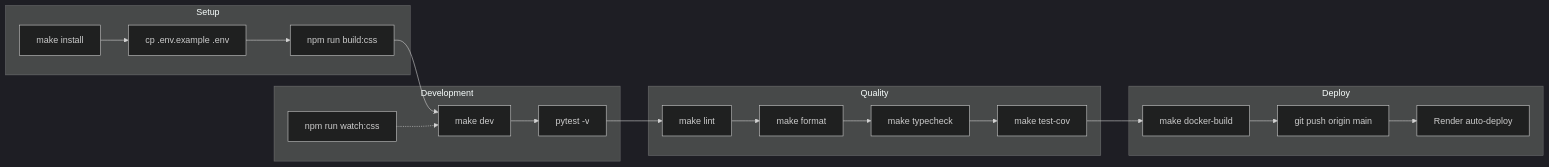
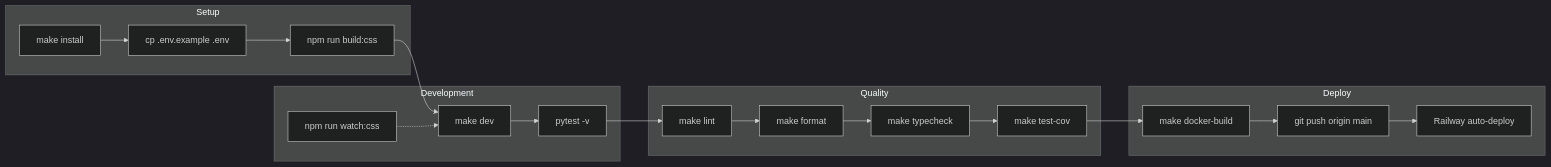
Before and after one commit to darth-dodo/hn-herald: diagram 17 of 26 in docs/codebase-summary.md, drawn with Mermaid (dark theme). The commit also changed other lines of this file and 3 other files, not shown here.

First line of the commit message:
deploy: migrate from Render to Railway

````diff
--- a/docs/codebase-summary.md
+++ b/docs/codebase-summary.md
@@ -972,34 +972,34 @@
 ```mermaid
 flowchart LR
     subgraph Setup
         INSTALL[make install]
         DOTENV[cp .env.example .env]
         CSS[npm run build:css]
     end
 
     subgraph Development
         DEV[make dev]
         CSS_WATCH[npm run watch:css]
         TEST_DEV[pytest -v]
     end
 
     subgraph Quality
         LINT[make lint]
         FORMAT[make format]
         TYPE[make typecheck]
         TEST[make test-cov]
     end
 
     subgraph Deploy
         BUILD[make docker-build]
         PUSH[git push origin main]
-        RENDER[Render auto-deploy]
+        RAILWAY[Railway auto-deploy]
     end
 
     INSTALL --> DOTENV --> CSS --> DEV
     DEV --> TEST_DEV
     CSS_WATCH -.-> DEV
 
     TEST_DEV --> LINT --> FORMAT --> TYPE --> TEST
-    TEST --> BUILD --> PUSH --> RENDER
+    TEST --> BUILD --> PUSH --> RAILWAY
 ```
````
